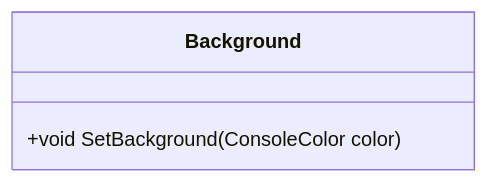
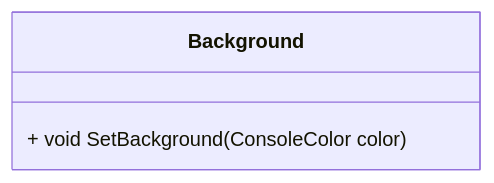
The fifth of 7 diagrams in dokumentasjon/diagram/klasse-diagram.md (NexusWeave/MVP-FlappyBird-cs), drawn with Mermaid before and after one commit. The commit also changed other lines of this file, not shown here.

Commit message:
Fix formatting in klasse-diagram.md by adding spaces before access modifiers and method declarations

````diff
--- a/dokumentasjon/diagram/klasse-diagram.md
+++ b/dokumentasjon/diagram/klasse-diagram.md
@@ -78,8 +79,8 @@
 ```mermaid
     classDiagram
         direction TD
 
         class Background {
-            +void SetBackground(ConsoleColor color)
+            + void SetBackground(ConsoleColor color)
         }
 ```
````
